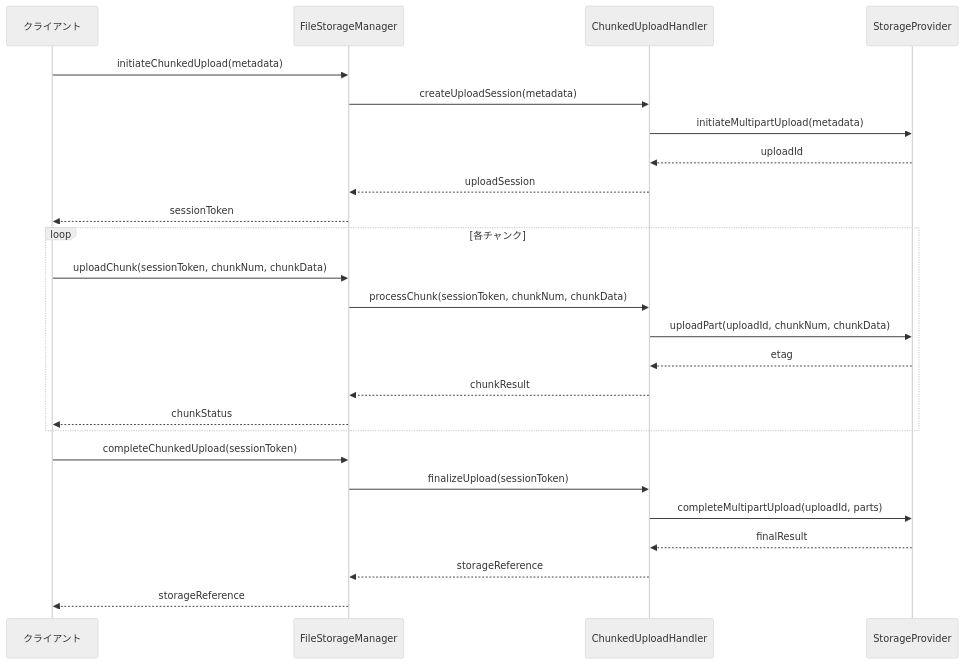
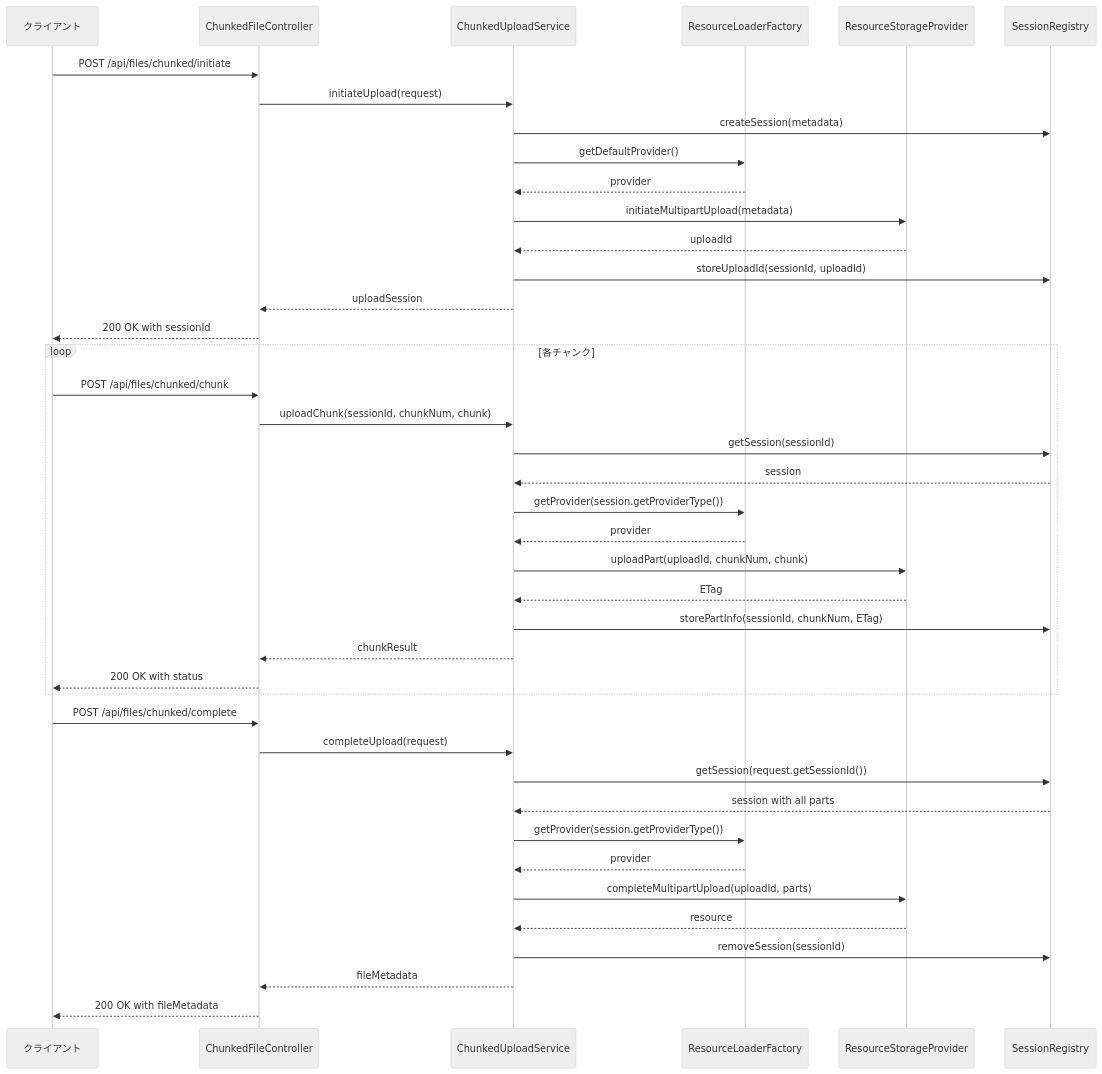
The third of 4 diagrams in docs/03_詳細設計/02_モジュール/01_共通機能/05_ファイル管理機能/04_ファイルストレージ管理.md (fcircle-biz/ses_mgr), drawn with Mermaid (neutral theme) before and after one commit. The commit also changed other lines of this file and 4 other files, not shown here.

````diff
--- a/docs/03_詳細設計/02_モジュール/01_共通機能/05_ファイル管理機能/04_ファイルストレージ管理.md
+++ b/docs/03_詳細設計/02_モジュール/01_共通機能/05_ファイル管理機能/04_ファイルストレージ管理.md
@@ -252,30 +705,46 @@
 ```mermaid
 sequenceDiagram
     participant Client as クライアント
-    participant Service as FileStorageManager
-    participant Handler as ChunkedUploadHandler
-    participant Provider as StorageProvider
+    participant Controller as ChunkedFileController
+    participant Service as ChunkedUploadService
+    participant Factory as ResourceLoaderFactory
+    participant Provider as ResourceStorageProvider
+    participant Session as SessionRegistry
 
-    Client->>Service: initiateChunkedUpload(metadata)
-    Service->>Handler: createUploadSession(metadata)
-    Handler->>Provider: initiateMultipartUpload(metadata)
-    Provider-->>Handler: uploadId
-    Handler-->>Service: uploadSession
-    Service-->>Client: sessionToken
+    Client->>Controller: POST /api/files/chunked/initiate
+    Controller->>Service: initiateUpload(request)
+    Service->>Session: createSession(metadata)
+    Service->>Factory: getDefaultProvider()
+    Factory-->>Service: provider
+    Service->>Provider: initiateMultipartUpload(metadata)
+    Provider-->>Service: uploadId
+    Service->>Session: storeUploadId(sessionId, uploadId)
+    Service-->>Controller: uploadSession
+    Controller-->>Client: 200 OK with sessionId
 
     loop 各チャンク
-        Client->>Service: uploadChunk(sessionToken, chunkNum, chunkData)
-        Service->>Handler: processChunk(sessionToken, chunkNum, chunkData)
-        Handler->>Provider: uploadPart(uploadId, chunkNum, chunkData)
-        Provider-->>Handler: etag
-        Handler-->>Service: chunkResult
-        Service-->>Client: chunkStatus
+        Client->>Controller: POST /api/files/chunked/chunk
+        Controller->>Service: uploadChunk(sessionId, chunkNum, chunk)
+        Service->>Session: getSession(sessionId)
+        Session-->>Service: session
+        Service->>Factory: getProvider(session.getProviderType())
+        Factory-->>Service: provider
+        Service->>Provider: uploadPart(uploadId, chunkNum, chunk)
+        Provider-->>Service: ETag
+        Service->>Session: storePartInfo(sessionId, chunkNum, ETag)
+        Service-->>Controller: chunkResult
+        Controller-->>Client: 200 OK with status
     end
 
-    Client->>Service: completeChunkedUpload(sessionToken)
-    Service->>Handler: finalizeUpload(sessionToken)
-    Handler->>Provider: completeMultipartUpload(uploadId, parts)
-    Provider-->>Handler: finalResult
-    Handler-->>Service: storageReference
-    Service-->>Client: storageReference
+    Client->>Controller: POST /api/files/chunked/complete
+    Controller->>Service: completeUpload(request)
+    Service->>Session: getSession(request.getSessionId())
+    Session-->>Service: session with all parts
+    Service->>Factory: getProvider(session.getProviderType())
+    Factory-->>Service: provider
+    Service->>Provider: completeMultipartUpload(uploadId, parts)
+    Provider-->>Service: resource
+    Service->>Session: removeSession(sessionId)
+    Service-->>Controller: fileMetadata
+    Controller-->>Client: 200 OK with fileMetadata
 ```
````
